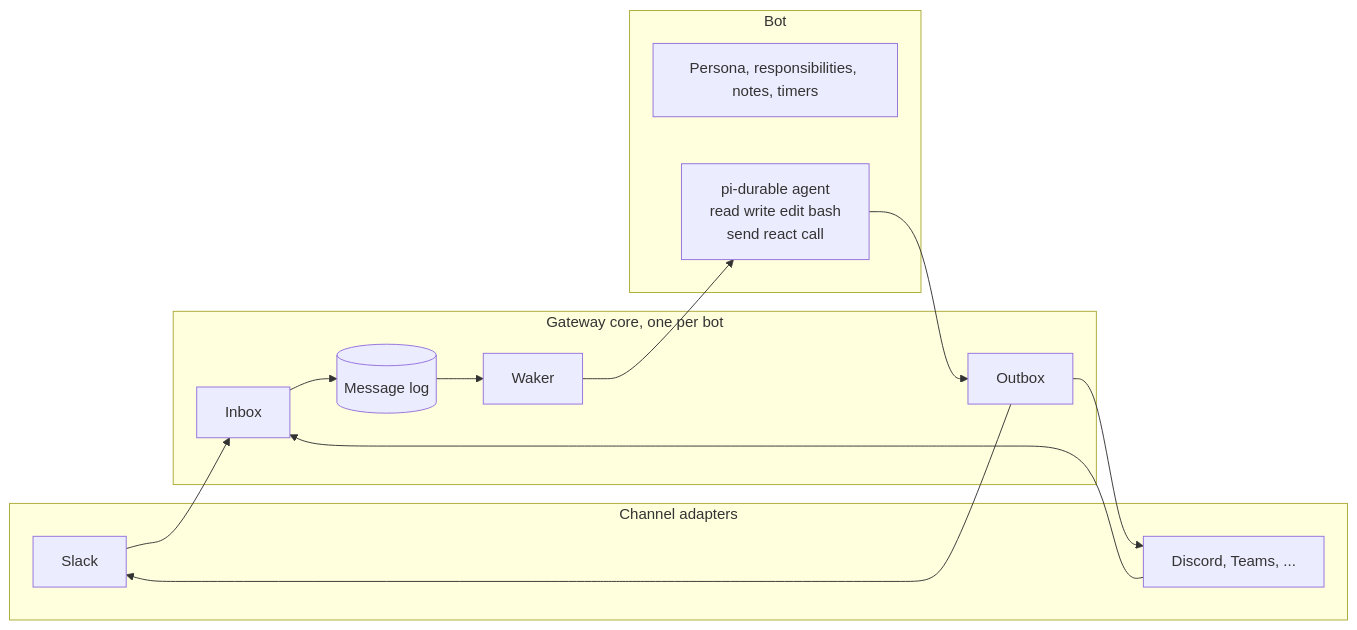
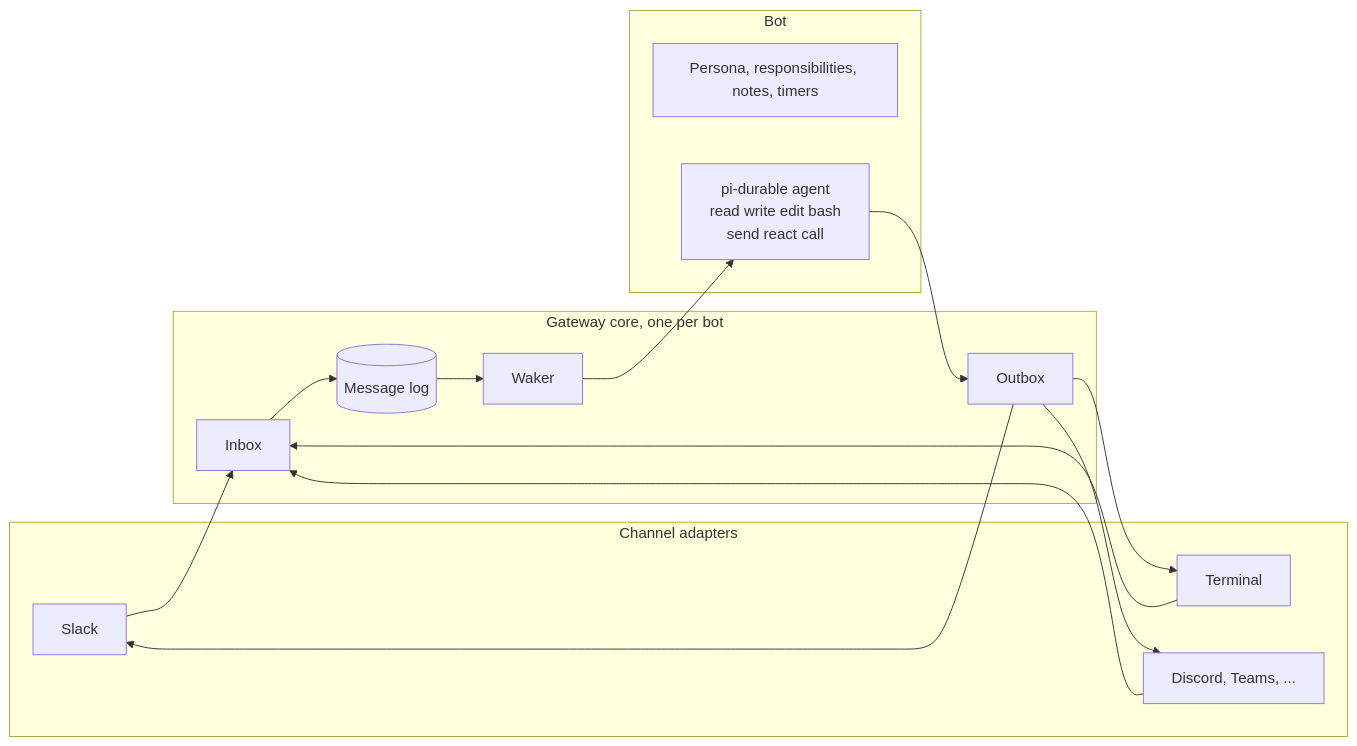
One commit to Crokily/pi-durable-bot changed the second of 2 diagrams in README.md. Above: the diagram before and after it, drawn with Mermaid. The commit also changed other lines of this file and 2 other files, not shown here.

````diff
--- a/README.md
+++ b/README.md
@@ -187,22 +190,25 @@
 ```mermaid
 flowchart LR
   subgraph Adapters[Channel adapters]
     S[Slack]
+    T[Terminal]
     D[Discord, Teams, ...]
   end
   subgraph Gateway[Gateway core, one per bot]
     I[Inbox] --> G[(Message log)]
     G --> K[Waker]
     O[Outbox]
   end
   subgraph Bot[Bot]
     P[Persona, responsibilities, notes, timers]
     A[pi-durable agent<br/>read write edit bash<br/>send react call]
   end
   S --> I
+  T --> I
   D --> I
   K --> A
   A --> O
   O --> S
+  O --> T
   O --> D
 ```
````
